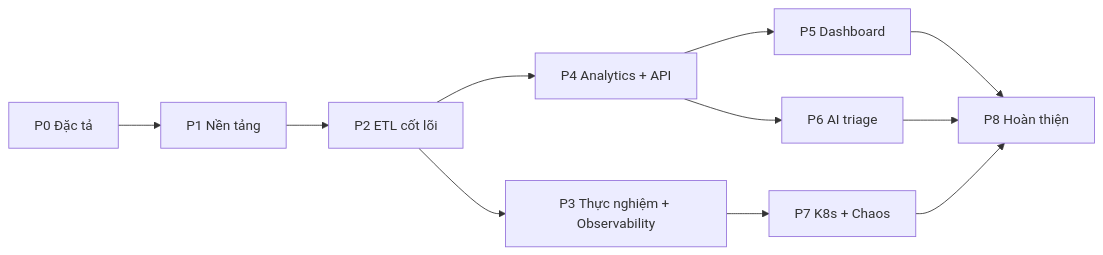
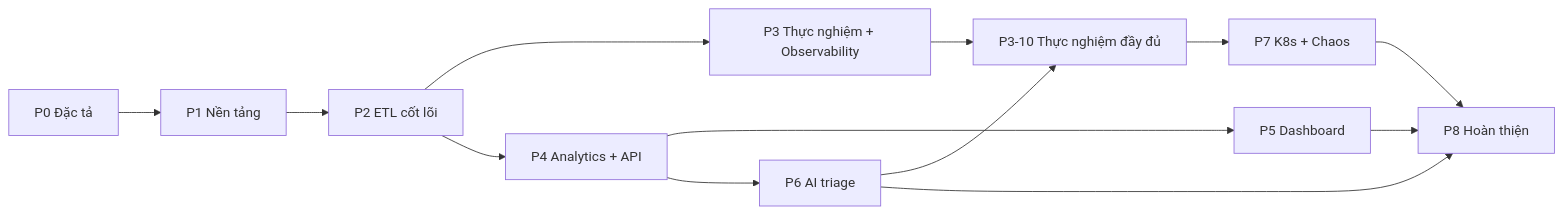
The diagram in docs/00-master-plan.md (ninggiangboy/public-transport-intelligence), drawn with Mermaid before and after one commit. The commit also changed other lines of this file and 8 other files, not shown here.

````diff
--- a/docs/00-master-plan.md
+++ b/docs/00-master-plan.md
@@ -366,13 +367,15 @@
 ```mermaid
 flowchart LR
   P0[P0 Đặc tả] --> P1[P1 Nền tảng]
   P1 --> P2[P2 ETL cốt lõi]
   P2 --> P3[P3 Thực nghiệm + Observability]
   P2 --> P4[P4 Analytics + API]
   P4 --> P5[P5 Dashboard]
   P4 --> P6[P6 AI triage]
-  P3 --> P7[P7 K8s + Chaos]
+  P3 --> P310[P3-10 Thực nghiệm đầy đủ]
+  P6 --> P310
+  P310 --> P7[P7 K8s + Chaos]
   P5 --> P8[P8 Hoàn thiện]
   P6 --> P8
   P7 --> P8
 ```
````
